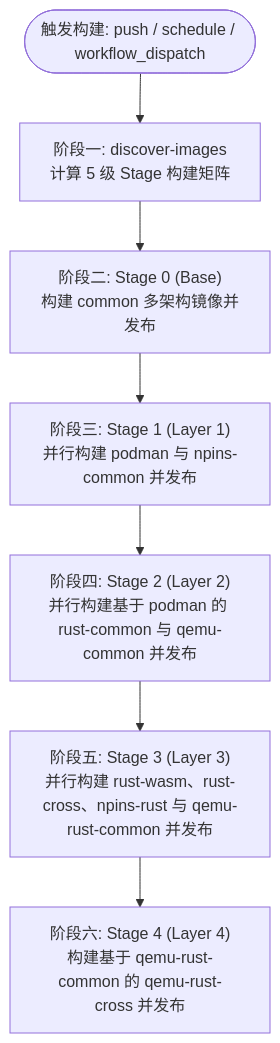
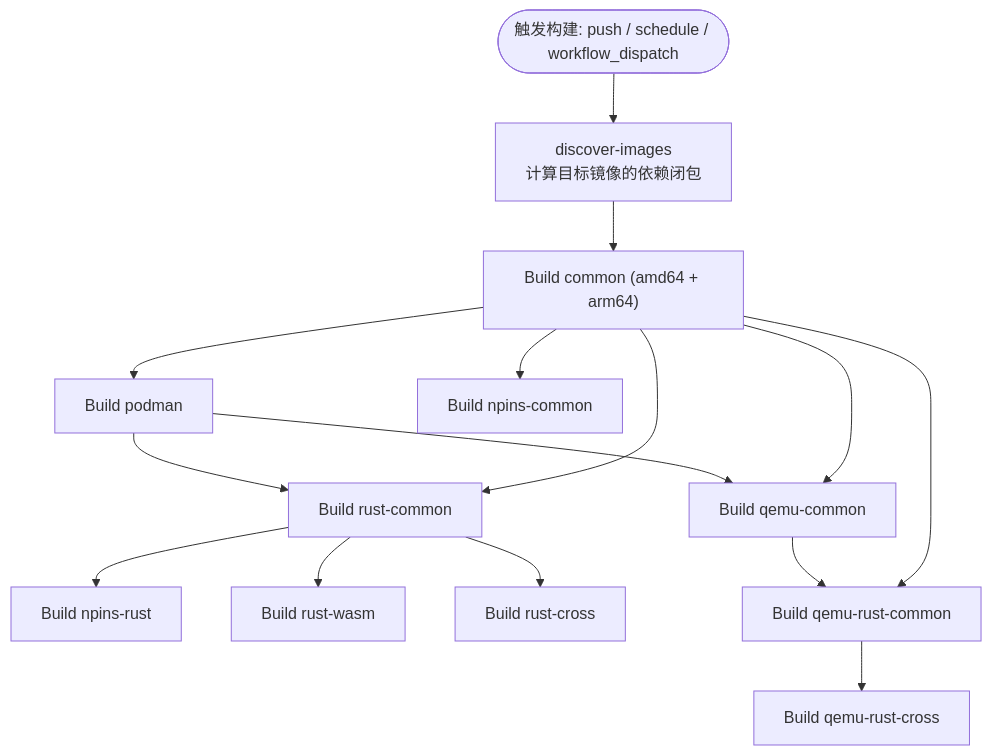
The fifth of 5 diagrams in README.md (shaogme/coding-images), drawn with Mermaid before and after one commit. The commit also changed other lines of this file and 10 other files, not shown here.

````diff
--- a/README.md
+++ b/README.md
@@ -714,10 +714,17 @@
 ```mermaid
 flowchart TD
-    Trigger(["触发构建: push / schedule / workflow_dispatch"]) --> Discover["阶段一: discover-images<br/>计算 5 级 Stage 构建矩阵"]
-
-    Discover --> Stage0["阶段二: Stage 0 (Base)<br/>构建 common 多架构镜像并发布"]
-    Stage0 --> Stage1["阶段三: Stage 1 (Layer 1)<br/>并行构建 podman 与 npins-common 并发布"]
-    Stage1 --> Stage2["阶段四: Stage 2 (Layer 2)<br/>并行构建基于 podman 的 rust-common 与 qemu-common 并发布"]
-    Stage2 --> Stage3["阶段五: Stage 3 (Layer 3)<br/>并行构建 rust-wasm、rust-cross、npins-rust 与 qemu-rust-common 并发布"]
-    Stage3 --> Stage4["阶段六: Stage 4 (Layer 4)<br/>构建基于 qemu-rust-common 的 qemu-rust-cross 并发布"]
+    Trigger(["触发构建: push / schedule / workflow_dispatch"]) --> Discover["discover-images<br/>计算目标镜像的依赖闭包"]
+    Discover --> Common["Build common (amd64 + arm64)"]
+    Common --> Podman["Build podman"]
+    Common --> NpinsCommon["Build npins-common"]
+    Podman --> RustCommon["Build rust-common"]
+    Common --> RustCommon
+    Podman --> QemuCommon["Build qemu-common"]
+    Common --> QemuCommon
+    RustCommon --> NpinsRust["Build npins-rust"]
+    RustCommon --> RustWasm["Build rust-wasm"]
+    RustCommon --> RustCross["Build rust-cross"]
+    QemuCommon --> QemuRustCommon["Build qemu-rust-common"]
+    Common --> QemuRustCommon
+    QemuRustCommon --> QemuRustCross["Build qemu-rust-cross"]
 ```
````
